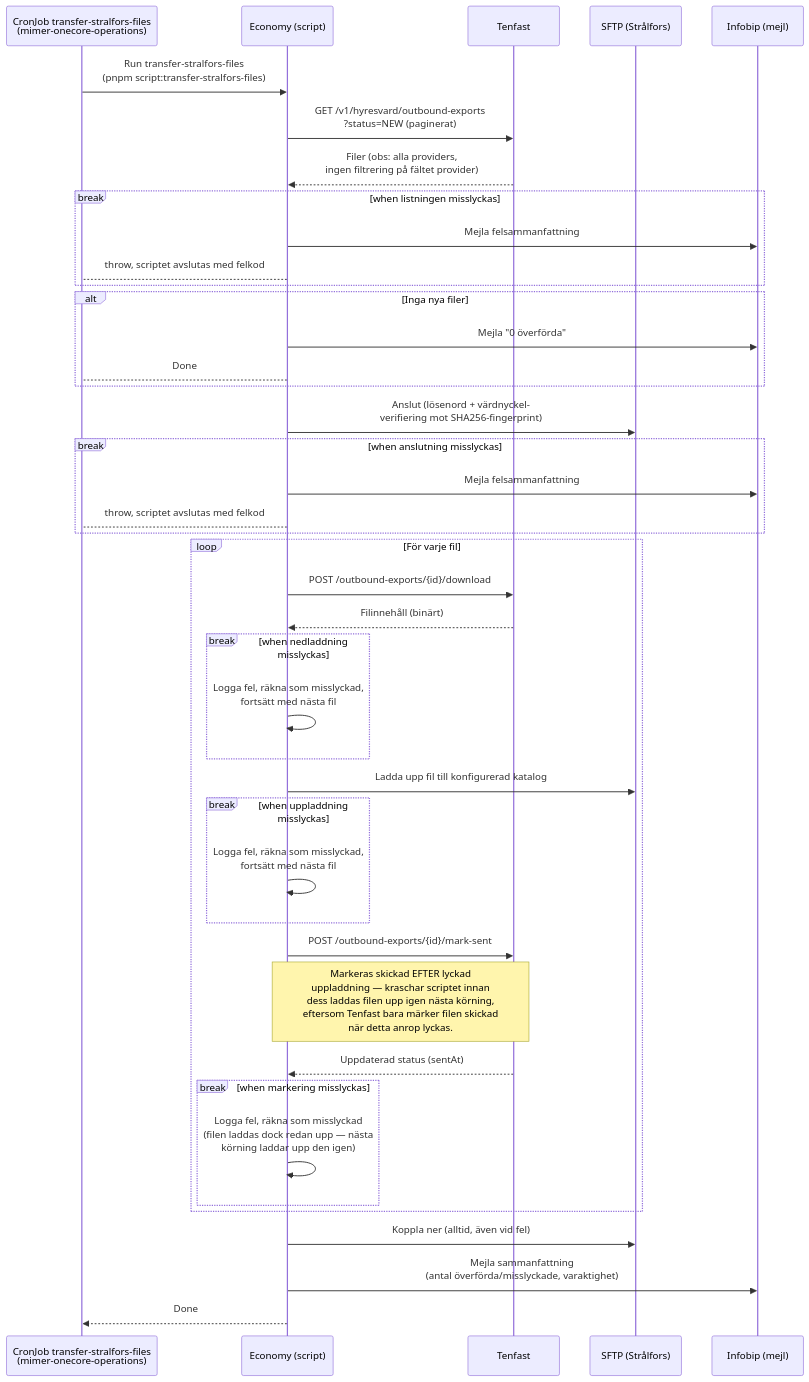
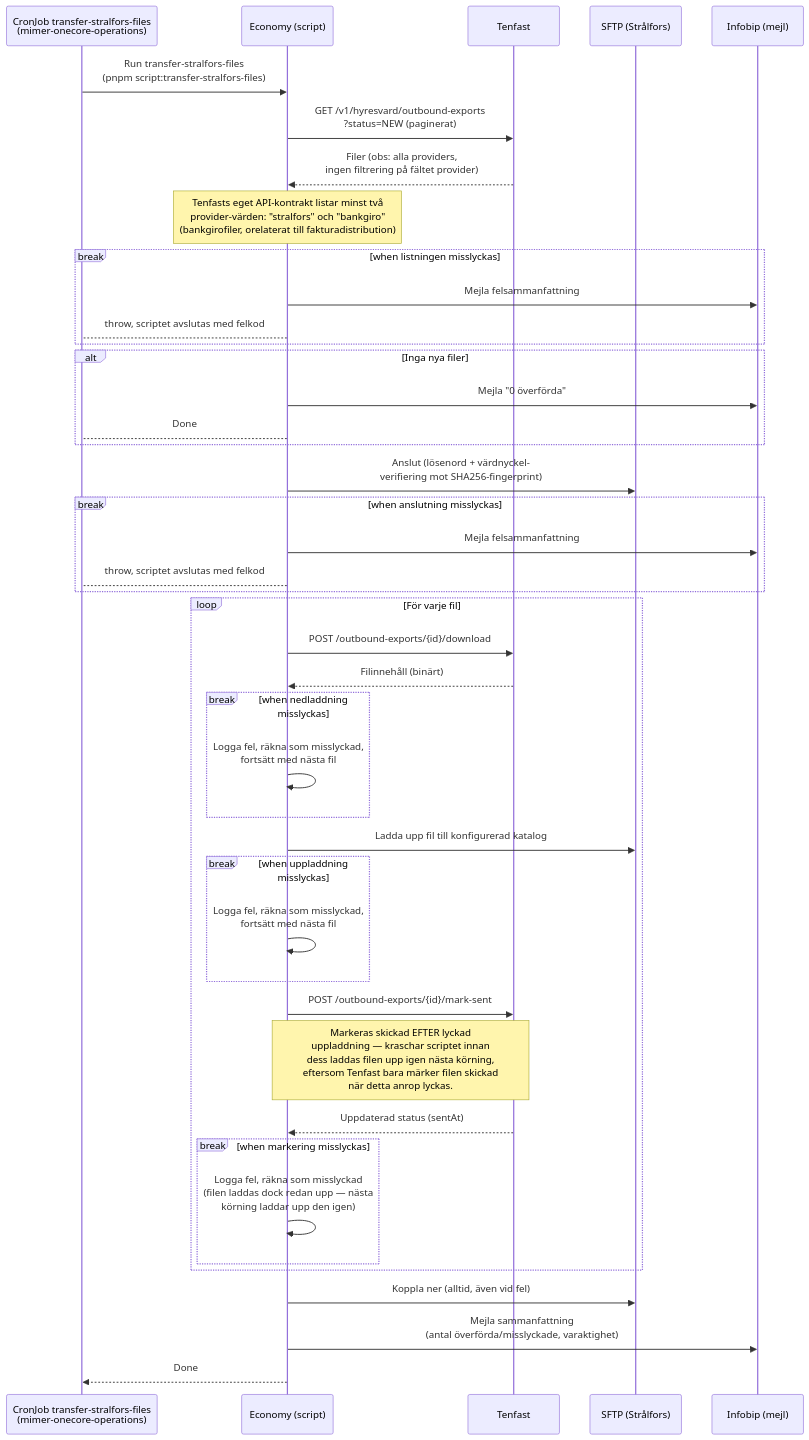
The second of 2 diagrams in core/src/processes/invoicedistribution/DOCS_Transfer_Files_to_Stralfors.md (Bostads-AB-Mimer/onecore), drawn with Mermaid before and after one commit. The commit also changed other lines of this file and 2 other files, not shown here.

First line of the commit message:
Docs: document invoice fee and confirm provider filtering gap

````diff
--- a/core/src/processes/invoicedistribution/DOCS_Transfer_Files_to_Stralfors.md
+++ b/core/src/processes/invoicedistribution/DOCS_Transfer_Files_to_Stralfors.md
@@ -37,58 +37,59 @@
 ```mermaid
 sequenceDiagram
     participant CronJob as CronJob transfer-stralfors-files<br/>(mimer-onecore-operations)
     participant Economy as Economy (script)
     participant Tenfast as Tenfast
     participant SFTP as SFTP (Strålfors)
     participant Infobip as Infobip (mejl)
 
     CronJob ->> Economy: Run transfer-stralfors-files<br/>(pnpm script:transfer-stralfors-files)
 
     Economy ->> Tenfast: GET /v1/hyresvard/outbound-exports<br/>?status=NEW (paginerat)
     Tenfast -->> Economy: Filer (obs: alla providers,<br/>ingen filtrering på fältet provider)
+    note over Economy: Tenfasts eget API-kontrakt listar minst två<br/>provider-värden: "stralfors" och "bankgiro"<br/>(bankgirofiler, orelaterat till fakturadistribution)
 
     break when listningen misslyckas
         Economy ->> Infobip: Mejla felsammanfattning
         Economy-->CronJob: throw, scriptet avslutas med felkod
     end
 
     alt Inga nya filer
         Economy ->> Infobip: Mejla "0 överförda"
         Economy-->CronJob: Done
     end
 
     Economy ->> SFTP: Anslut (lösenord + värdnyckel-<br/>verifiering mot SHA256-fingerprint)
 
     break when anslutning misslyckas
         Economy ->> Infobip: Mejla felsammanfattning
         Economy-->CronJob: throw, scriptet avslutas med felkod
     end
 
     loop För varje fil
         Economy ->> Tenfast: POST /outbound-exports/{id}/download
         Tenfast -->> Economy: Filinnehåll (binärt)
 
         break when nedladdning misslyckas
             Economy ->> Economy: Logga fel, räkna som misslyckad,<br/>fortsätt med nästa fil
         end
 
         Economy ->> SFTP: Ladda upp fil till konfigurerad katalog
 
         break when uppladdning misslyckas
             Economy ->> Economy: Logga fel, räkna som misslyckad,<br/>fortsätt med nästa fil
         end
 
         Economy ->> Tenfast: POST /outbound-exports/{id}/mark-sent
         note over Economy,Tenfast: Markeras skickad EFTER lyckad<br/>uppladdning — kraschar scriptet innan<br/>dess laddas filen upp igen nästa körning,<br/>eftersom Tenfast bara märker filen skickad<br/>när detta anrop lyckas.
         Tenfast -->> Economy: Uppdaterad status (sentAt)
 
         break when markering misslyckas
             Economy ->> Economy: Logga fel, räkna som misslyckad<br/>(filen laddas dock redan upp — nästa<br/>körning laddar upp den igen)
         end
     end
 
     Economy ->> SFTP: Koppla ner (alltid, även vid fel)
     Economy ->> Infobip: Mejla sammanfattning<br/>(antal överförda/misslyckade, varaktighet)
     Economy -->> CronJob: Done
 
 ```
````
